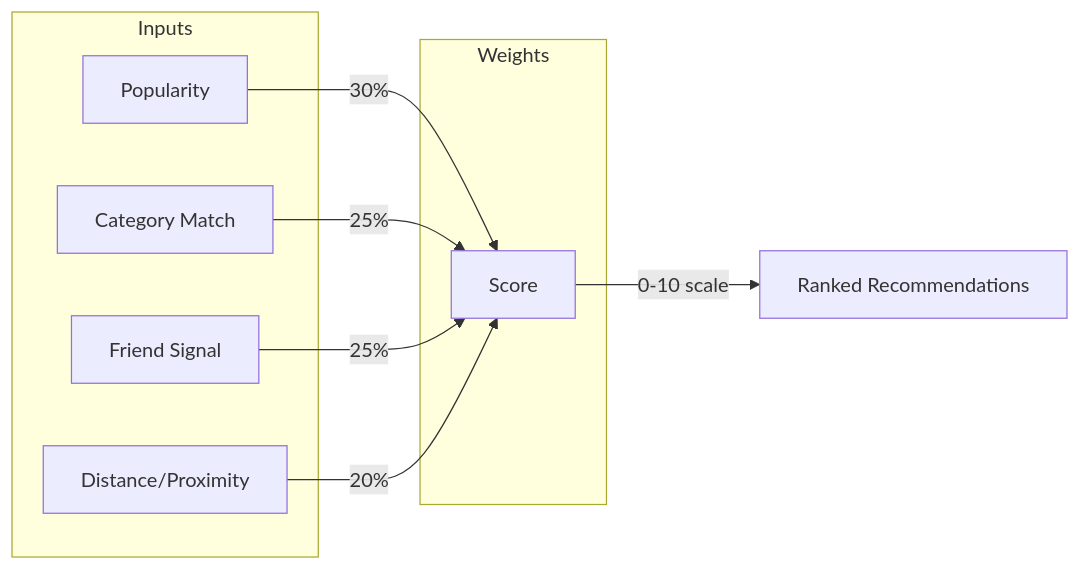
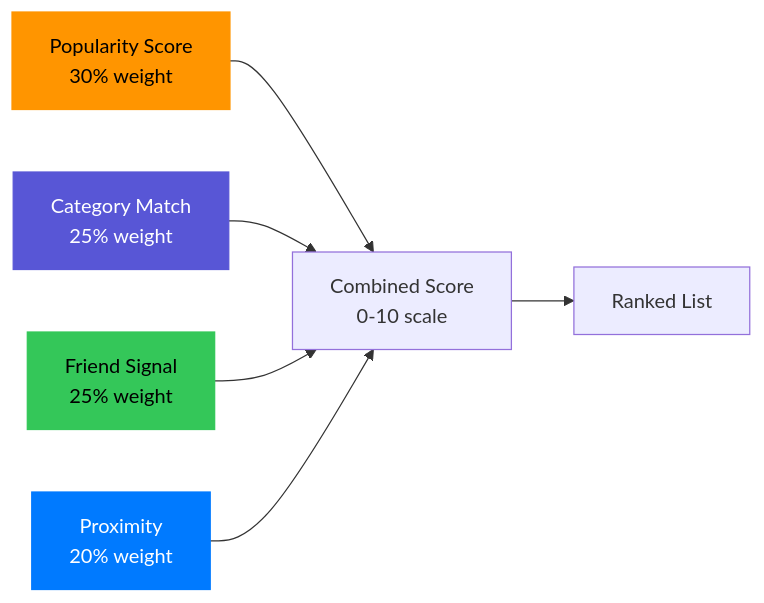
Before and after one commit to Krut-in/SwiftAssessment: the second of 2 diagrams in README.md, drawn with Mermaid. The commit also changed other lines of this file and 1 other file, not shown here.

````diff
--- a/README.md
+++ b/README.md
@@ -98,18 +119,14 @@
 ```mermaid
 flowchart LR
-    subgraph Inputs
-        P[Popularity]
-        C[Category Match]
-        F[Friend Signal]
-        D[Distance/Proximity]
-    end
+    P[Popularity Score<br/>30% weight] --> Score
+    C[Category Match<br/>25% weight] --> Score
+    F[Friend Signal<br/>25% weight] --> Score
+    D[Proximity<br/>20% weight] --> Score
     
-    subgraph Weights
-        P -->|30%| Score
-        C -->|25%| Score
-        F -->|25%| Score
-        D -->|20%| Score
-    end
+    Score[Combined Score<br/>0-10 scale] --> Output[Ranked List]
     
-    Score -->|0-10 scale| Output[Ranked Recommendations]
+    style P fill:#FF9500,stroke:#FF9500,color:#000
+    style C fill:#5856D6,stroke:#5856D6,color:#fff
+    style F fill:#34C759,stroke:#34C759,color:#000
+    style D fill:#007AFF,stroke:#007AFF,color:#fff
 ```
````
